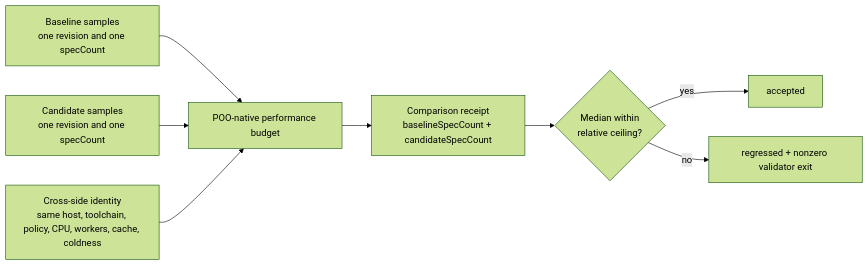
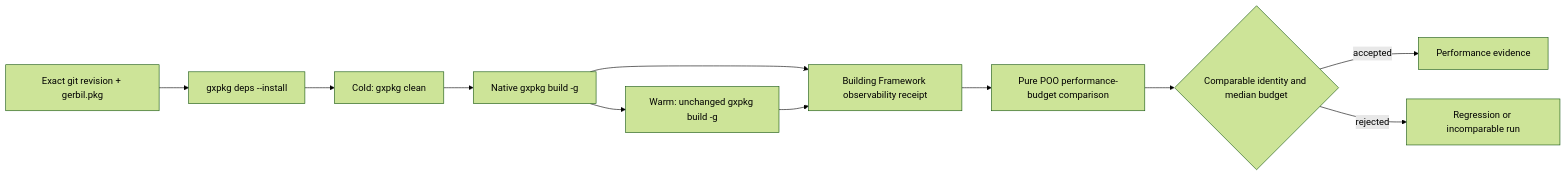
The diagram in docs/10-19-design/10.06-poo-module-system/147-adaptive-scheme-build-guard/03-performance-amendment/02-source-identity.org (tao3k/poo-flow), drawn with Mermaid (forest theme) before and after one commit. The commit also changed other lines of this file and 34 other files, not shown here.

Commit message:
refactor: restore native build observability ownership

```diff
--- a/docs/10-19-design/10.06-poo-module-system/147-adaptive-scheme-build-guard/03-performance-amendment/02-source-identity.org
+++ b/docs/10-19-design/10.06-poo-module-system/147-adaptive-scheme-build-guard/03-performance-amendment/02-source-identity.org
@@ -42,10 +8,13 @@
 #+begin_src mermaid
 flowchart LR
-    B["Baseline samples<br/>one revision and one specCount"] --> P["POO-native performance budget"]
-    C["Candidate samples<br/>one revision and one specCount"] --> P
-    I["Cross-side identity<br/>same host, toolchain, policy, CPU, workers, cache, coldness"] --> P
-    P --> R["Comparison receipt<br/>baselineSpecCount + candidateSpecCount"]
-    R --> A{"Median within<br/>relative ceiling?"}
-    A -->|yes| OK["accepted"]
-    A -->|no| BAD["regressed + nonzero validator exit"]
+    R["Exact git revision + gerbil.pkg"] --> D["gxpkg deps --install"]
+    D --> Clean["Cold: gxpkg clean"]
+    Clean --> Cold["Native gxpkg build -g"]
+    Cold --> Warm["Warm: unchanged gxpkg build -g"]
+    Cold --> O["Building Framework observability receipt"]
+    Warm --> O
+    O --> C["Pure POO performance-budget comparison"]
+    C --> V{"Comparable identity and median budget"}
+    V -->|accepted| A["Performance evidence"]
+    V -->|rejected| F["Regression or incomparable run"]
 #+end_src
```
